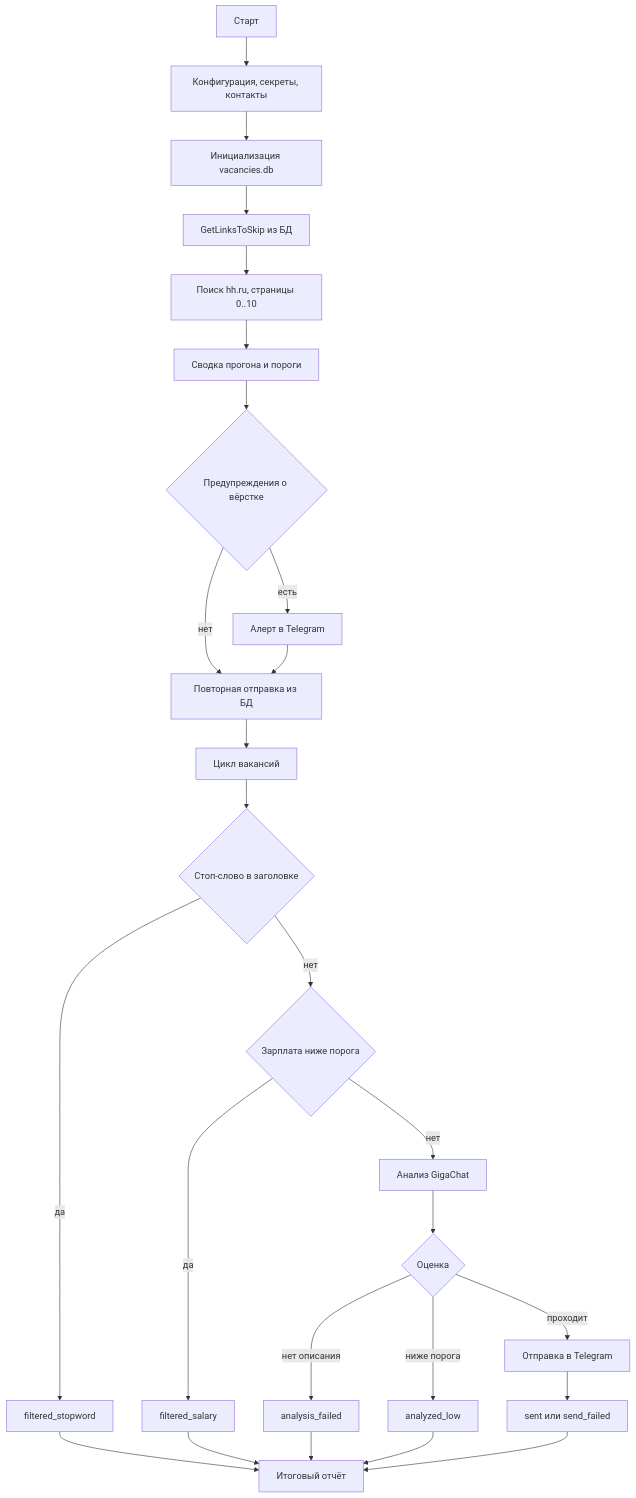
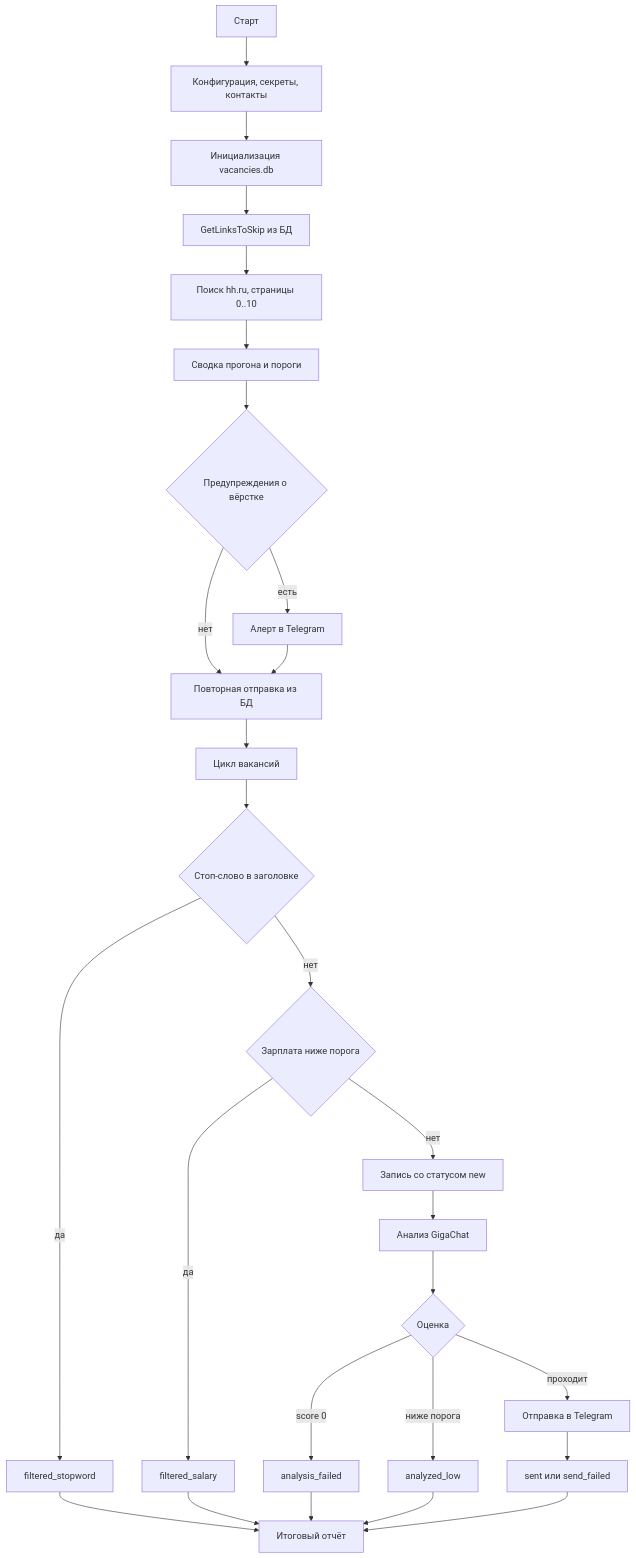
Before and after one commit to H09an/AiRecruiter: the first of 2 diagrams in docs/architecture.md, drawn with Mermaid. The commit also changed other lines of this file and 22 other files, not shown here.

````diff
--- a/docs/architecture.md
+++ b/docs/architecture.md
@@ -87,28 +89,29 @@
 ```mermaid
 flowchart TD
     A[Старт] --> B[Конфигурация, секреты, контакты]
     B --> C[Инициализация vacancies.db]
     C --> E[GetLinksToSkip из БД]
     E --> F[Поиск hh.ru, страницы 0..10]
     F --> G[Сводка прогона и пороги]
     G --> H{Предупреждения о вёрстке}
     H -->|есть| I[Алерт в Telegram]
     H -->|нет| J
     I --> J[Повторная отправка из БД]
     J --> K[Цикл вакансий]
     K --> L{Стоп-слово в заголовке}
     L -->|да| M[filtered_stopword]
     L -->|нет| N{Зарплата ниже порога}
     N -->|да| O[filtered_salary]
-    N -->|нет| P[Анализ GigaChat]
+    N -->|нет| P2[Запись со статусом new]
+    P2 --> P[Анализ GigaChat]
     P --> Q{Оценка}
-    Q -->|нет описания| R[analysis_failed]
+    Q -->|score 0| R[analysis_failed]
     Q -->|ниже порога| S[analyzed_low]
     Q -->|проходит| T[Отправка в Telegram]
     T --> U[sent или send_failed]
     M --> Z[Итоговый отчёт]
     O --> Z
     R --> Z
     S --> Z
     U --> Z
 ```
````
